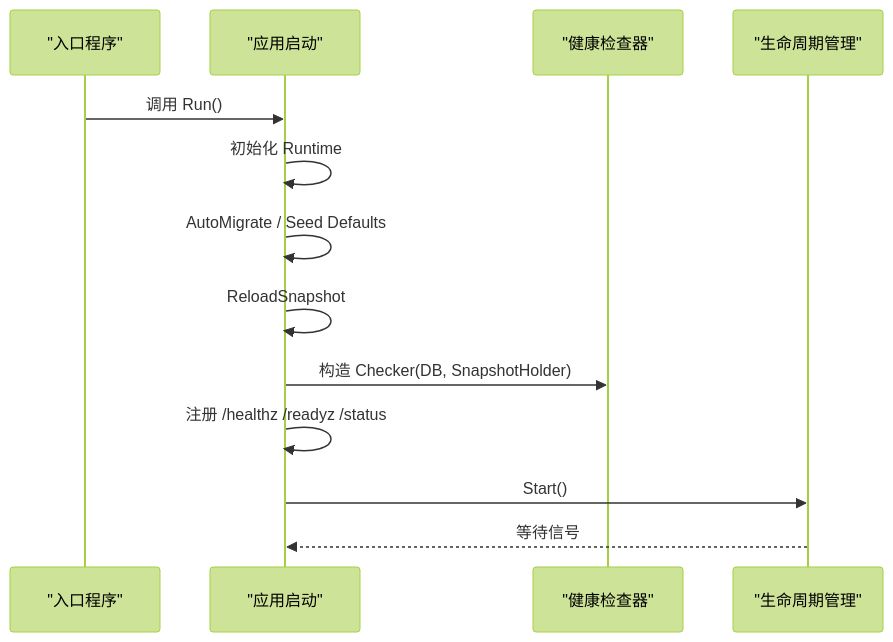
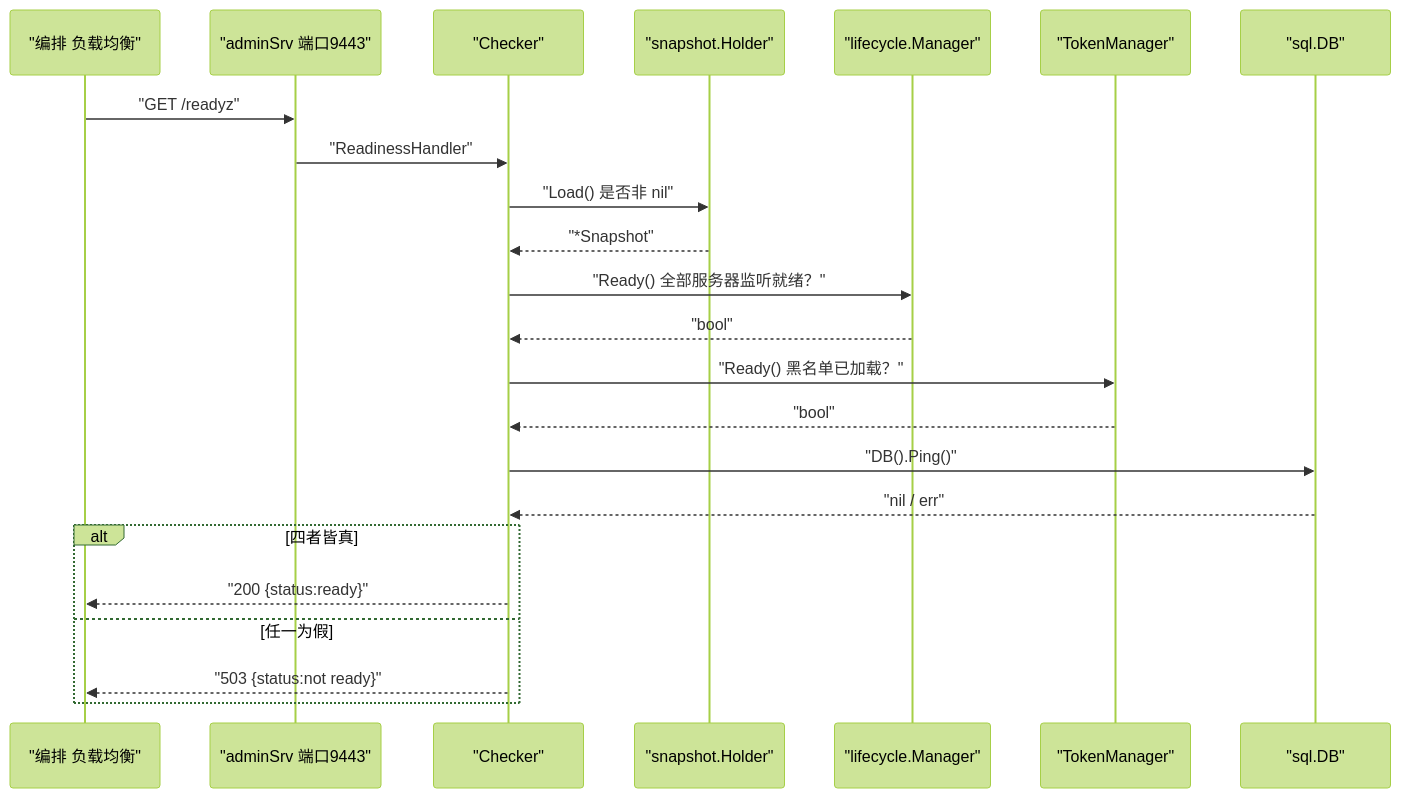
One commit to x01n/My-OpenWaf changed the third of 6 diagrams in docs/监控与可观测性/健康检查机制.md. Above: the diagram before and after it, drawn with Mermaid (forest theme). The commit also changed other lines of this file and 622 other files, not shown here.

````diff
--- a/docs/监控与可观测性/健康检查机制.md
+++ b/docs/监控与可观测性/健康检查机制.md
@@ -193,15 +134,25 @@
 ```mermaid
 sequenceDiagram
-participant Main as "入口程序"
-participant App as "应用启动"
-participant HC as "健康检查器"
-participant LM as "生命周期管理"
-Main->>App : 调用 Run()
-App->>App : 初始化 Runtime
-App->>App : AutoMigrate / Seed Defaults
-App->>App : ReloadSnapshot
-App->>HC : 构造 Checker(DB, SnapshotHolder)
-App->>App : 注册 /healthz /readyz /status
-App->>LM : Start()
-LM-->>App : 等待信号
+participant LB as "编排 负载均衡"
+participant Admin as "adminSrv 端口9443"
+participant HC as "Checker"
+participant Hold as "snapshot.Holder"
+participant LM as "lifecycle.Manager"
+participant TM as "TokenManager"
+participant DB as "sql.DB"
+LB->>Admin : "GET /readyz"
+Admin->>HC : "ReadinessHandler"
+HC->>Hold : "Load() 是否非 nil"
+Hold-->>HC : "*Snapshot"
+HC->>LM : "Ready() 全部服务器监听就绪？"
+LM-->>HC : "bool"
+HC->>TM : "Ready() 黑名单已加载？"
+TM-->>HC : "bool"
+HC->>DB : "DB().Ping()"
+DB-->>HC : "nil / err"
+alt 四者皆真
+HC-->>LB : "200 {status:ready}"
+else 任一为假
+HC-->>LB : "503 {status:not ready}"
+end
 ```
````
